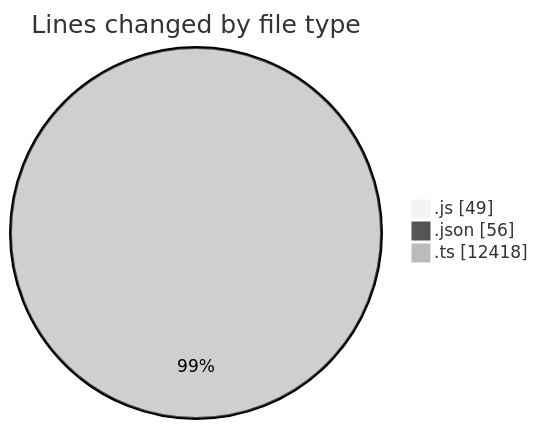
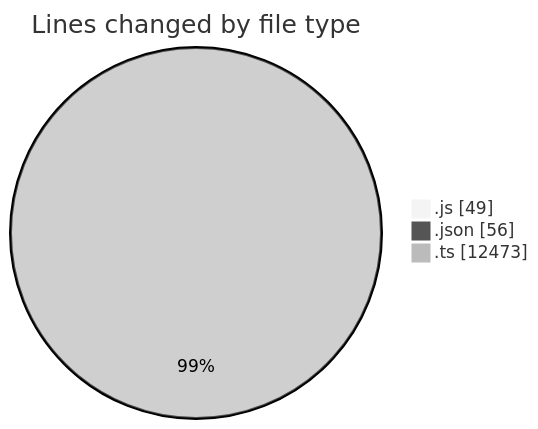
Before and after one commit to momahboobian/code-tracking: the first of 2 diagrams in 2025-09-04/cda/README.md, drawn with Mermaid (neutral theme). The commit also changed other lines of this file and 1 other file, not shown here.

````diff
--- a/2025-09-04/cda/README.md
+++ b/2025-09-04/cda/README.md
@@ -25,7 +25,7 @@
 ```mermaid
 pie showData
 title Lines changed by file type
 ".js" : 49
 ".json" : 56
-".ts" : 12418
+".ts" : 12473
 ```
````
